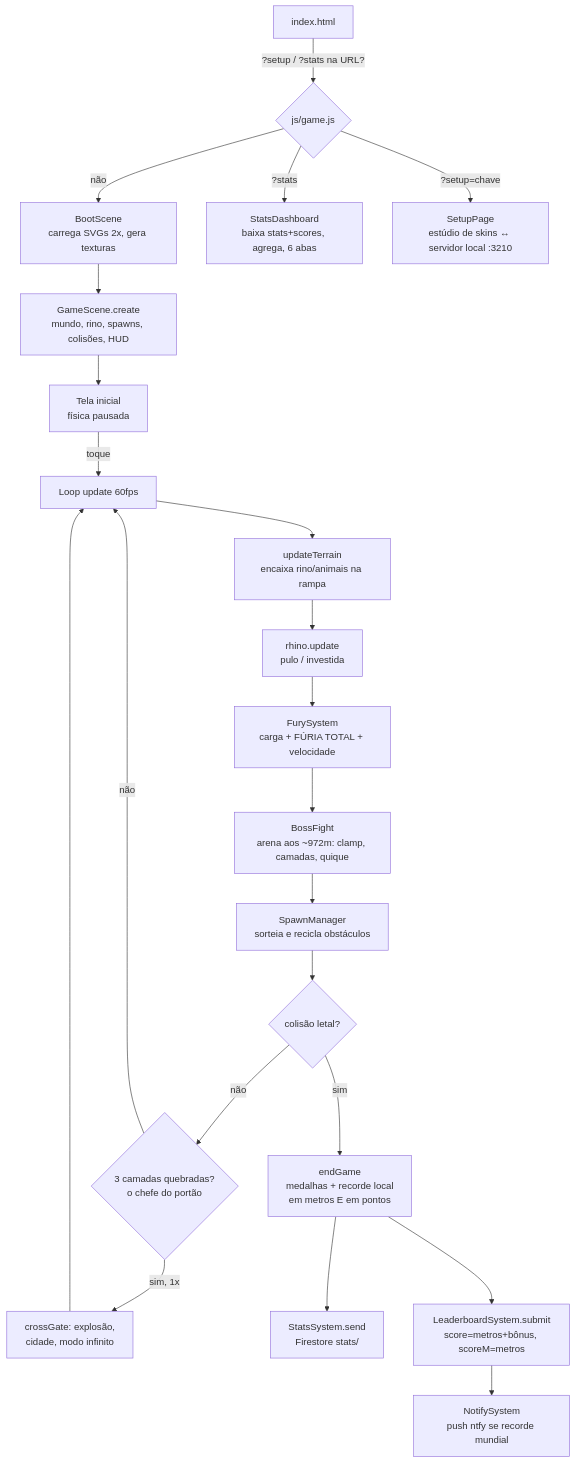
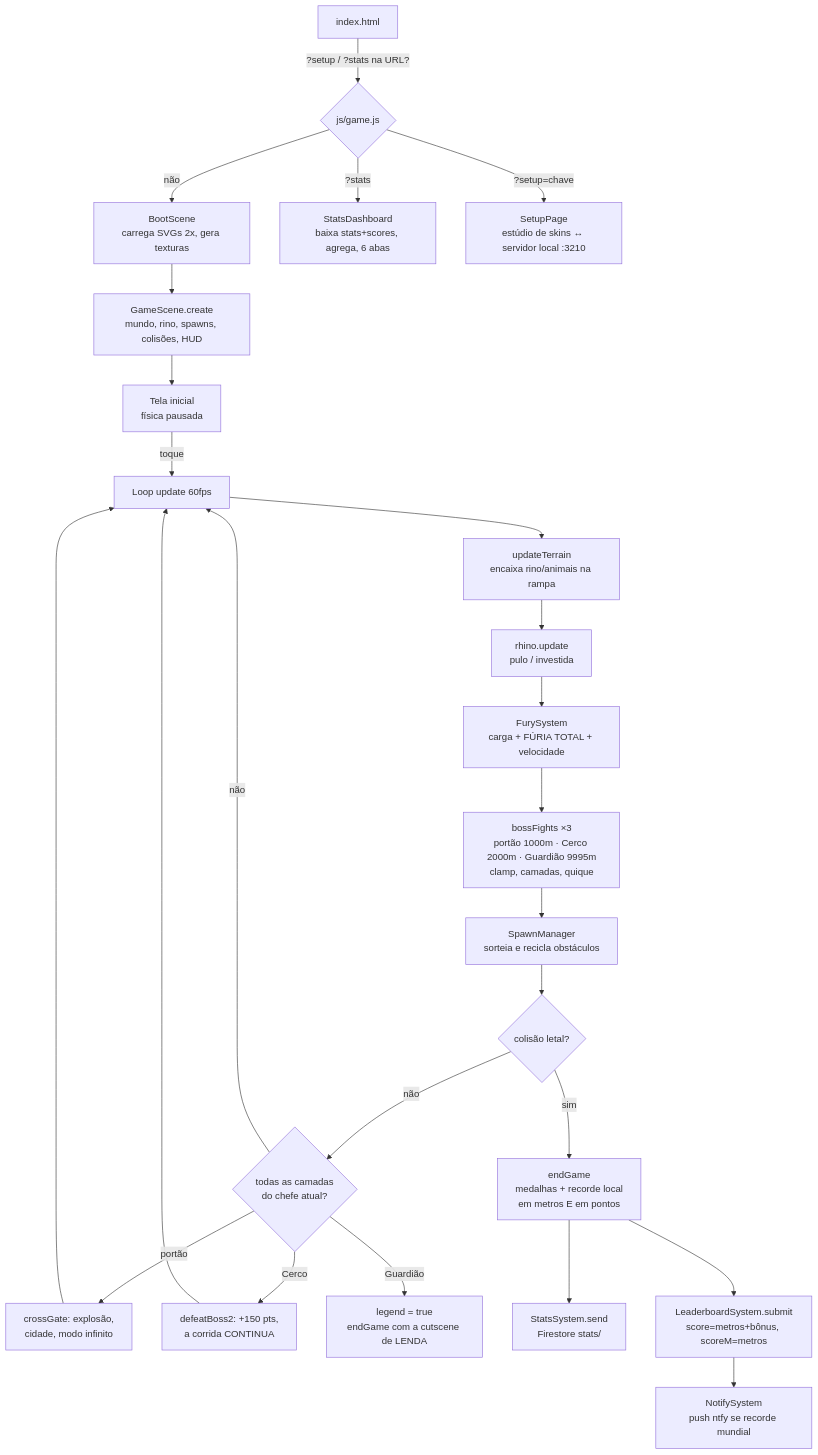
Before and after one commit to Cs-Ave/furious-rhino: the diagram in docs/03-arquitetura.md, drawn with Mermaid. The commit also changed other lines of this file and 5 other files, not shown here.

First line of the commit message:
docs: sincronizados com a v1.8.5 (bosses do deserto) — guia, arquitetura, referência, GAME_DESIGN e CHANGELOG

````diff
--- a/docs/03-arquitetura.md
+++ b/docs/03-arquitetura.md
@@ -64,27 +66,30 @@
 ```mermaid
 flowchart TD
     A[index.html] -->|"?setup / ?stats na URL?"| B{js/game.js}
     B -->|não| C[BootScene<br/>carrega SVGs 2x, gera texturas]
     C --> D[GameScene.create<br/>mundo, rino, spawns, colisões, HUD]
     D --> E[Tela inicial<br/>física pausada]
     E -->|toque| F[Loop update 60fps]
 
     F --> G[updateTerrain<br/>encaixa rino/animais na rampa]
     G --> H[rhino.update<br/>pulo / investida]
     H --> I[FurySystem<br/>carga + FÚRIA TOTAL + velocidade]
-    I --> BF[BossFight<br/>arena aos ~972m: clamp, camadas, quique]
+    I --> BF[bossFights ×3<br/>portão 1000m · Cerco 2000m · Guardião 9995m<br/>clamp, camadas, quique]
     BF --> J[SpawnManager<br/>sorteia e recicla obstáculos]
     J --> K{colisão letal?}
-    K -->|não| L{3 camadas quebradas?<br/>o chefe do portão}
+    K -->|não| L{todas as camadas<br/>do chefe atual?}
     L -->|não| F
-    L -->|sim, 1x| M[crossGate: explosão,<br/>cidade, modo infinito]
+    L -->|"portão"| M[crossGate: explosão,<br/>cidade, modo infinito]
+    L -->|"Cerco"| M2[defeatBoss2: +150 pts,<br/>a corrida CONTINUA]
+    L -->|"Guardião"| M3[legend = true<br/>endGame com a cutscene de LENDA]
     M --> F
+    M2 --> F
 
     K -->|sim| N[endGame<br/>medalhas + recorde local<br/>em metros E em pontos]
     N --> O[StatsSystem.send<br/>Firestore stats/]
     N --> P[LeaderboardSystem.submit<br/>score=metros+bônus, scoreM=metros]
     P --> Q[NotifySystem<br/>push ntfy se recorde mundial]
 
     B -->|"?stats"| R[StatsDashboard<br/>baixa stats+scores, agrega, 6 abas]
     B -->|"?setup=chave"| S[SetupPage<br/>estúdio de skins ↔ servidor local :3210]
 ```
````
